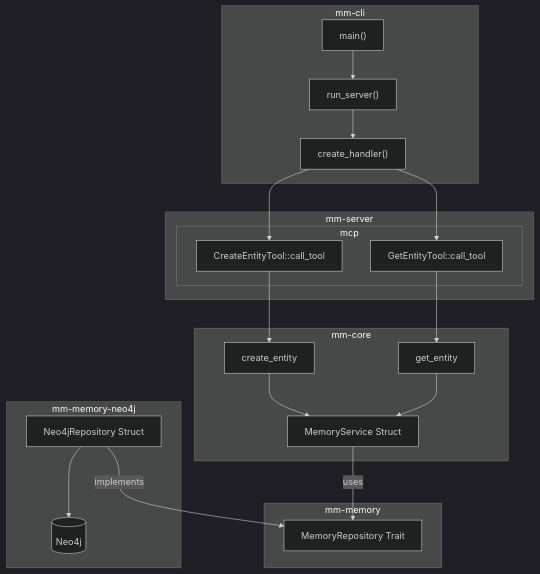
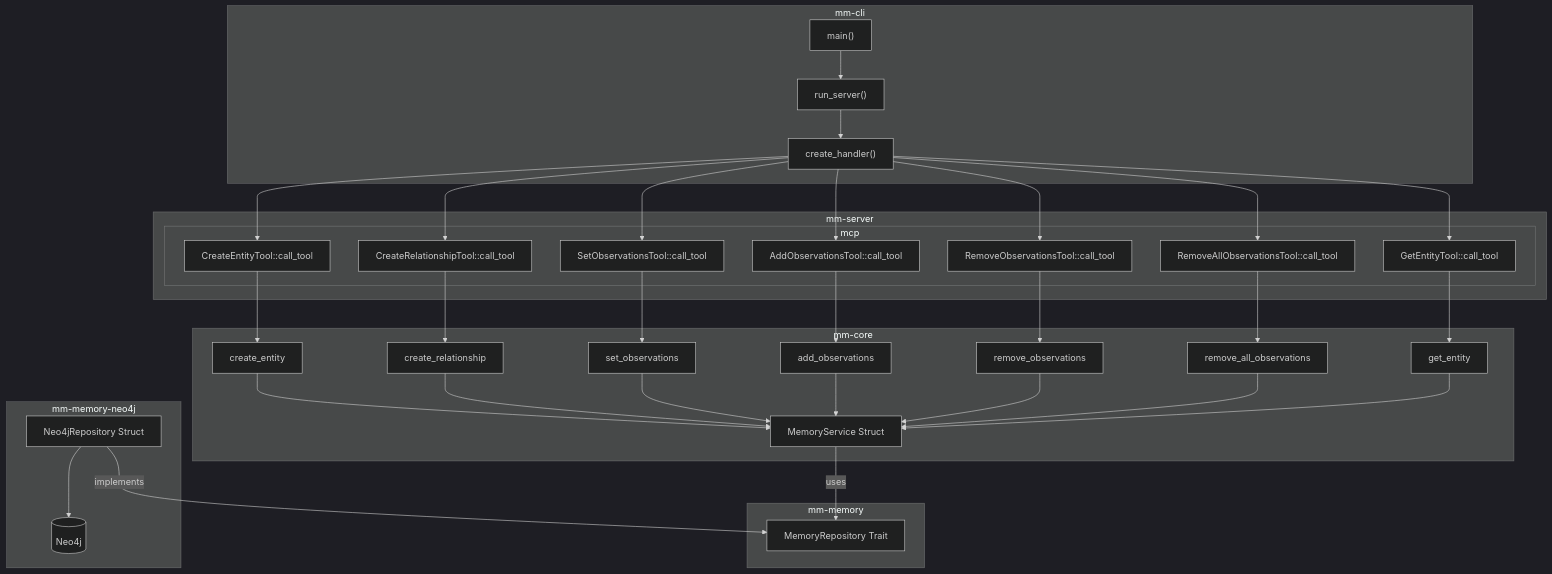
Before and after one commit to andoriyu/middle-manager: the diagram in README.md, drawn with Mermaid (dark theme). The commit also changed other lines of this file and 1 other file, not shown here.

Commit message:
Fix memory resource docs

````diff
--- a/README.md
+++ b/README.md
@@ -20,46 +40,71 @@
 ```mermaid
 graph TD
     %% mm-cli details
     subgraph "mm-cli"
         main_fn["main()"]
         run_server_fn["run_server()"]
         main_fn --> run_server_fn
         run_server_fn --> create_handler
     end
 
     %% mm-server details
     subgraph "mm-server"
         create_handler["create_handler()"]
         subgraph "mcp"
             create_tool["CreateEntityTool::call_tool"]
+            create_rel_tool["CreateRelationshipTool::call_tool"]
+            set_obs_tool["SetObservationsTool::call_tool"]
+            add_obs_tool["AddObservationsTool::call_tool"]
+            remove_obs_tool["RemoveObservationsTool::call_tool"]
+            remove_all_obs_tool["RemoveAllObservationsTool::call_tool"]
             get_tool["GetEntityTool::call_tool"]
         end
         create_handler --> create_tool
+        create_handler --> create_rel_tool
+        create_handler --> set_obs_tool
+        create_handler --> add_obs_tool
+        create_handler --> remove_obs_tool
+        create_handler --> remove_all_obs_tool
         create_handler --> get_tool
     end
 
     %% mm-core details
     subgraph "mm-core"
         create_op["create_entity"]
+        create_rel_op["create_relationship"]
+        set_obs_op["set_observations"]
+        add_obs_op["add_observations"]
+        remove_obs_op["remove_observations"]
+        remove_all_obs_op["remove_all_observations"]
         get_op["get_entity"]
         create_op --> memory_service["MemoryService Struct"]
+        create_rel_op --> memory_service
+        set_obs_op --> memory_service
+        add_obs_op --> memory_service
+        remove_obs_op --> memory_service
+        remove_all_obs_op --> memory_service
         get_op --> memory_service
     end
 
     %% mm-memory details
     subgraph "mm-memory"
         memory_service["MemoryService Struct"]
         repository_trait["MemoryRepository Trait"]
         memory_service -->|uses| repository_trait
     end
 
     %% mm-memory-neo4j details
     subgraph "mm-memory-neo4j"
         neo4j_repo["Neo4jRepository Struct"] -->|implements| repository_trait
         neo4j_repo --> neo4j_db[(Neo4j)]
     end
 
     %% Flow connections
     create_tool --> create_op
+    create_rel_tool --> create_rel_op
+    set_obs_tool --> set_obs_op
+    add_obs_tool --> add_obs_op
+    remove_obs_tool --> remove_obs_op
+    remove_all_obs_tool --> remove_all_obs_op
     get_tool --> get_op
 ```
````
